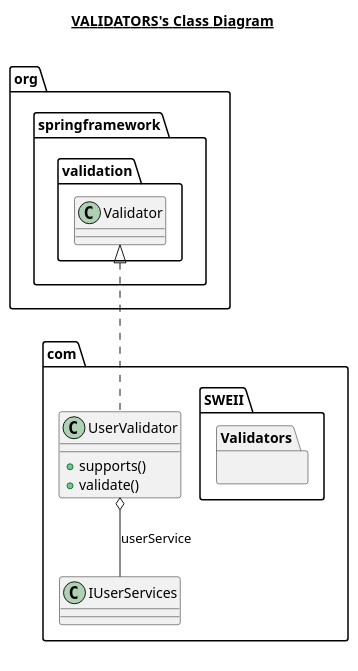
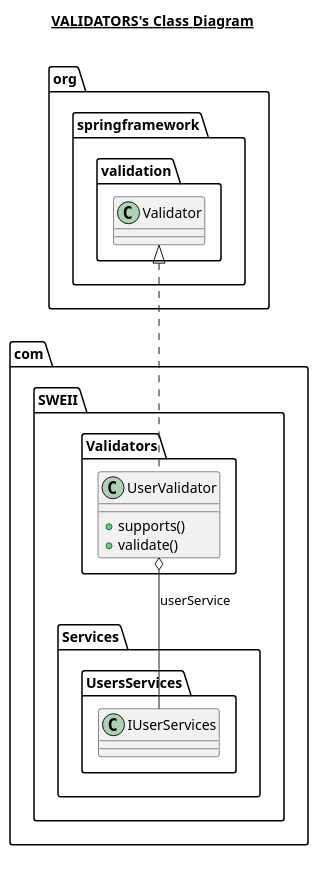
One commit to mariam-william/Online_Store_Platform changed the diagram in src/main/java/com/SWEII/Validators/Validators.plantuml. Above: the diagram before and after it, drawn with PlantUML. The commit also changed 15 other files, not shown here.

```diff
--- a/src/main/java/com/SWEII/Validators/Validators.plantuml
+++ b/src/main/java/com/SWEII/Validators/Validators.plantuml
@@ -1,23 +1,23 @@
 @startuml
 
 title __VALIDATORS's Class Diagram__\n
 
   namespace com.SWEII {
     namespace Validators {
-      class com.UserValidator {
+      class com.SWEII.Validators.UserValidator {
           + supports()
           + validate()
       }
     }
   }
   
 
-  com.UserValidator .up.|> org.springframework.validation.Validator
-  com.UserValidator o-- com.IUserServices : userService
+  com.SWEII.Validators.UserValidator .up.|> org.springframework.validation.Validator
+  com.SWEII.Validators.UserValidator o-- com.SWEII.Services.UsersServices.IUserServices : userService
 
 
 right footer
 
 endfooter
 
 @enduml
```
